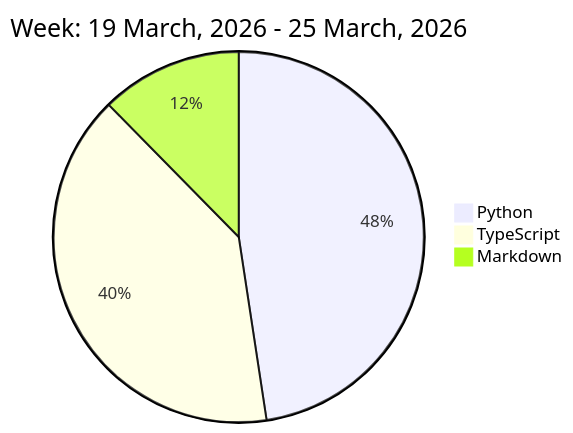
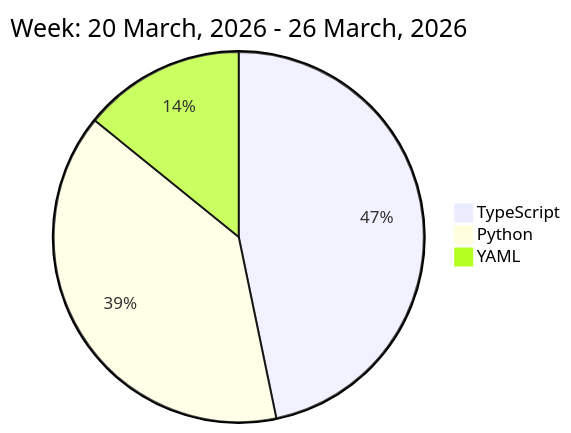
The diagram in README.md (liubin95/liubin95), drawn with Mermaid before and after one commit.

Commit message:
Updated the Graph with new Metrics

````diff
--- a/README.md
+++ b/README.md
@@ -32,7 +32,7 @@
 ```mermaid
  pie
-title Week: 19 March, 2026 - 25 March, 2026
- "Python" : 10.2
- "TypeScript" : 8.58
- "Markdown" : 2.65
+title Week: 20 March, 2026 - 26 March, 2026
+ "TypeScript" : 9.47
+ "Python" : 7.92
+ "YAML" : 2.87
 ```
````
